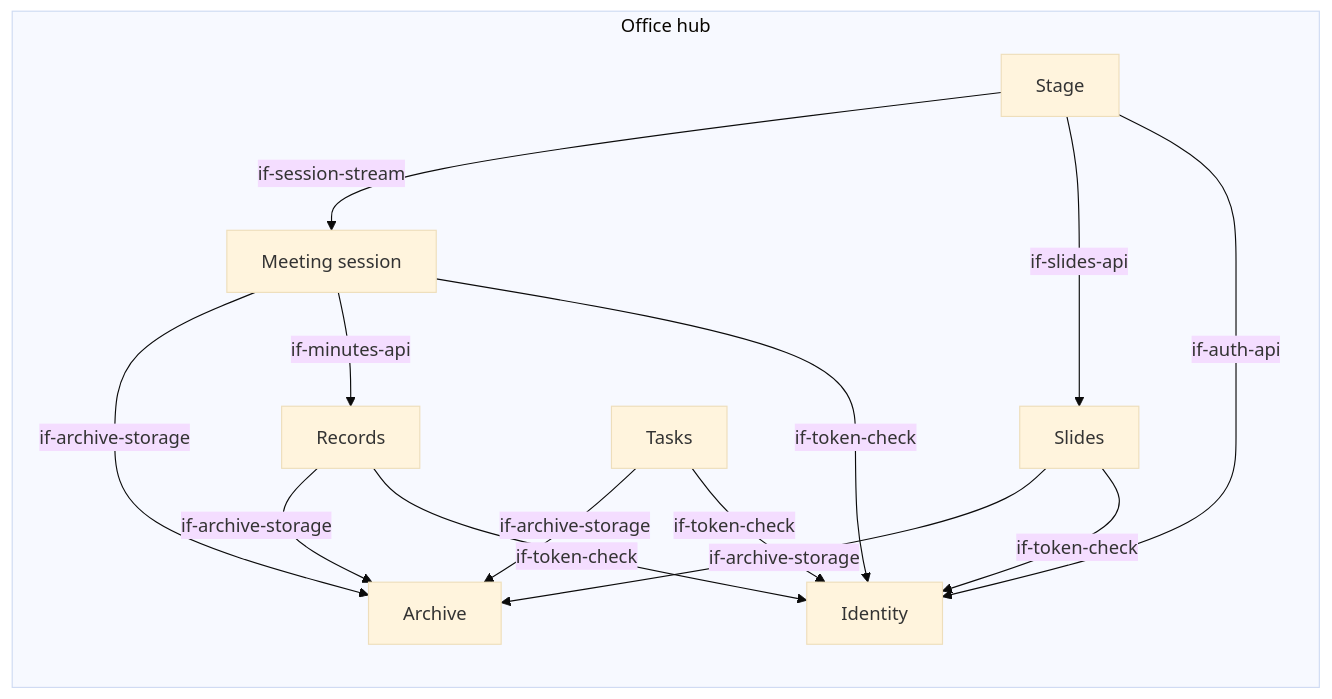
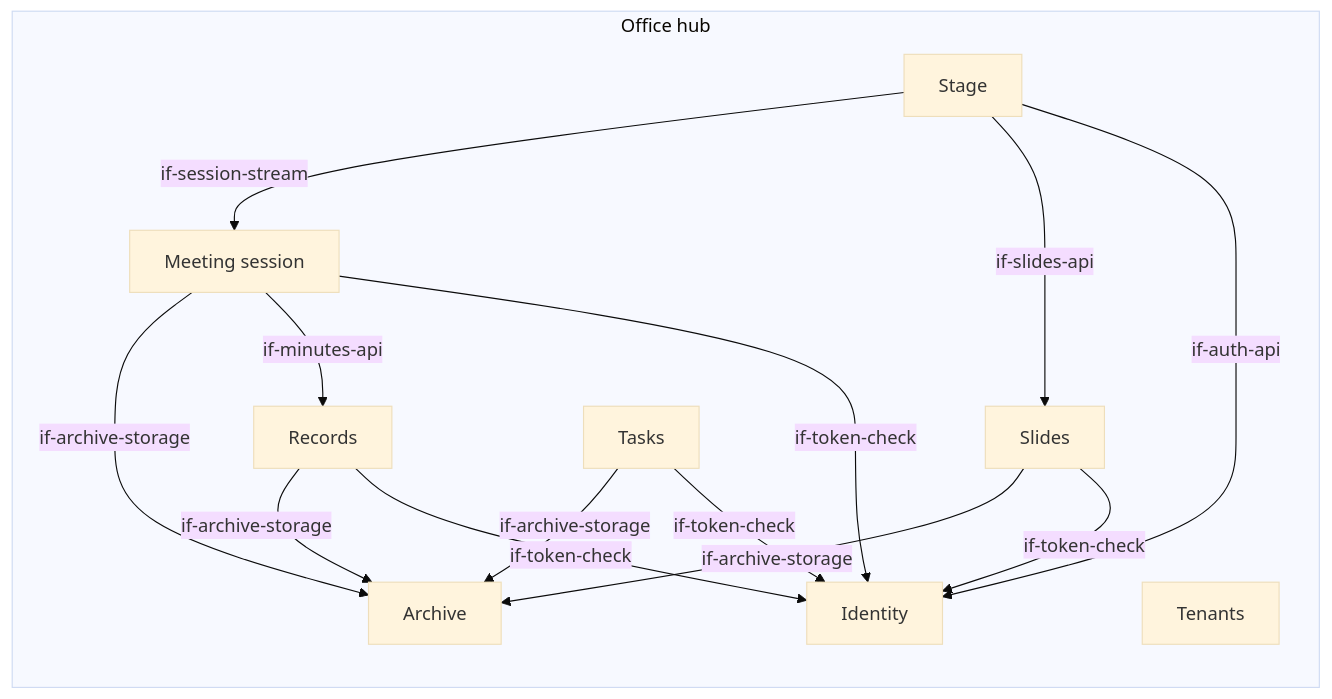
The second of 3 diagrams in docs/architecture/05-building-blocks.arc42.md (mrsimpson/agentic-office), drawn with Mermaid (base theme) before and after one commit. The commit also changed other lines of this file and 9 other files, not shown here.

````diff
--- a/docs/architecture/05-building-blocks.arc42.md
+++ b/docs/architecture/05-building-blocks.arc42.md
@@ -68,24 +68,25 @@
 ```mermaid
 flowchart LR
     subgraph bb_office_hub [Office hub]
         bb_archive[Archive]
         bb_identity[Identity]
         bb_records[Records]
         bb_session_service[Meeting session]
         bb_slides[Slides]
         bb_stage[Stage]
         bb_tasks[Tasks]
+        bb_tenants[Tenants]
     end
     bb_records -->|if-archive-storage| bb_archive
     bb_records -->|if-token-check| bb_identity
     bb_session_service -->|if-archive-storage| bb_archive
     bb_session_service -->|if-minutes-api| bb_records
     bb_session_service -->|if-token-check| bb_identity
     bb_slides -->|if-archive-storage| bb_archive
     bb_slides -->|if-token-check| bb_identity
     bb_stage -->|if-session-stream| bb_session_service
     bb_stage -->|if-slides-api| bb_slides
     bb_stage -->|if-auth-api| bb_identity
     bb_tasks -->|if-archive-storage| bb_archive
     bb_tasks -->|if-token-check| bb_identity
 ```
````
